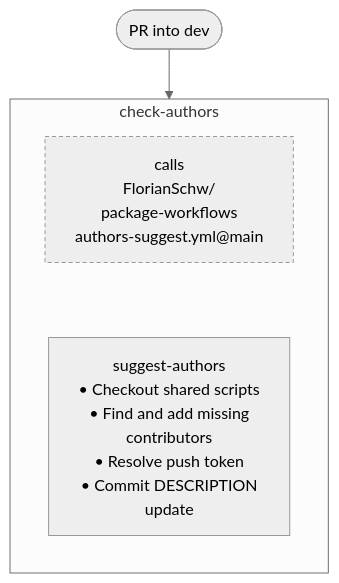
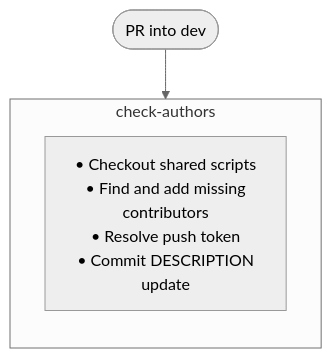
Before and after one commit to nfdi4health/dsSupportClient: the sixth of 15 diagrams in .github/workflow-graphs/README.md, drawn with Mermaid (neutral theme). The commit also changed other lines of this file, not shown here.

Commit message:
docs: update workflow diagrams

````diff
--- a/.github/workflow-graphs/README.md
+++ b/.github/workflow-graphs/README.md
@@ -150,12 +152,10 @@
 ```mermaid
 flowchart TD
   start(["PR into dev"])
   subgraph job_check_authors ["check-authors"]
     direction TB
-    job_check_authors__ref["calls<br/>FlorianSchw/<br/>package-workflows<br/>authors-suggest.yml@main"]:::refnote
-    job_check_authors__suggest_authors["suggest-authors<br/>• Checkout shared scripts<br/>• Find and add missing<br/>contributors<br/>• Resolve push token<br/>• Commit DESCRIPTION<br/>update"]
-    job_check_authors__ref ~~~ job_check_authors__suggest_authors
+    job_check_authors__suggest_authors["• Checkout shared scripts<br/>• Find and add missing<br/>contributors<br/>• Resolve push token<br/>• Commit DESCRIPTION<br/>update"]
   end
   start --> job_check_authors
-  classDef refnote stroke-dasharray: 4 3
+  classDef condnote stroke-dasharray: 4 3
 ```
````
